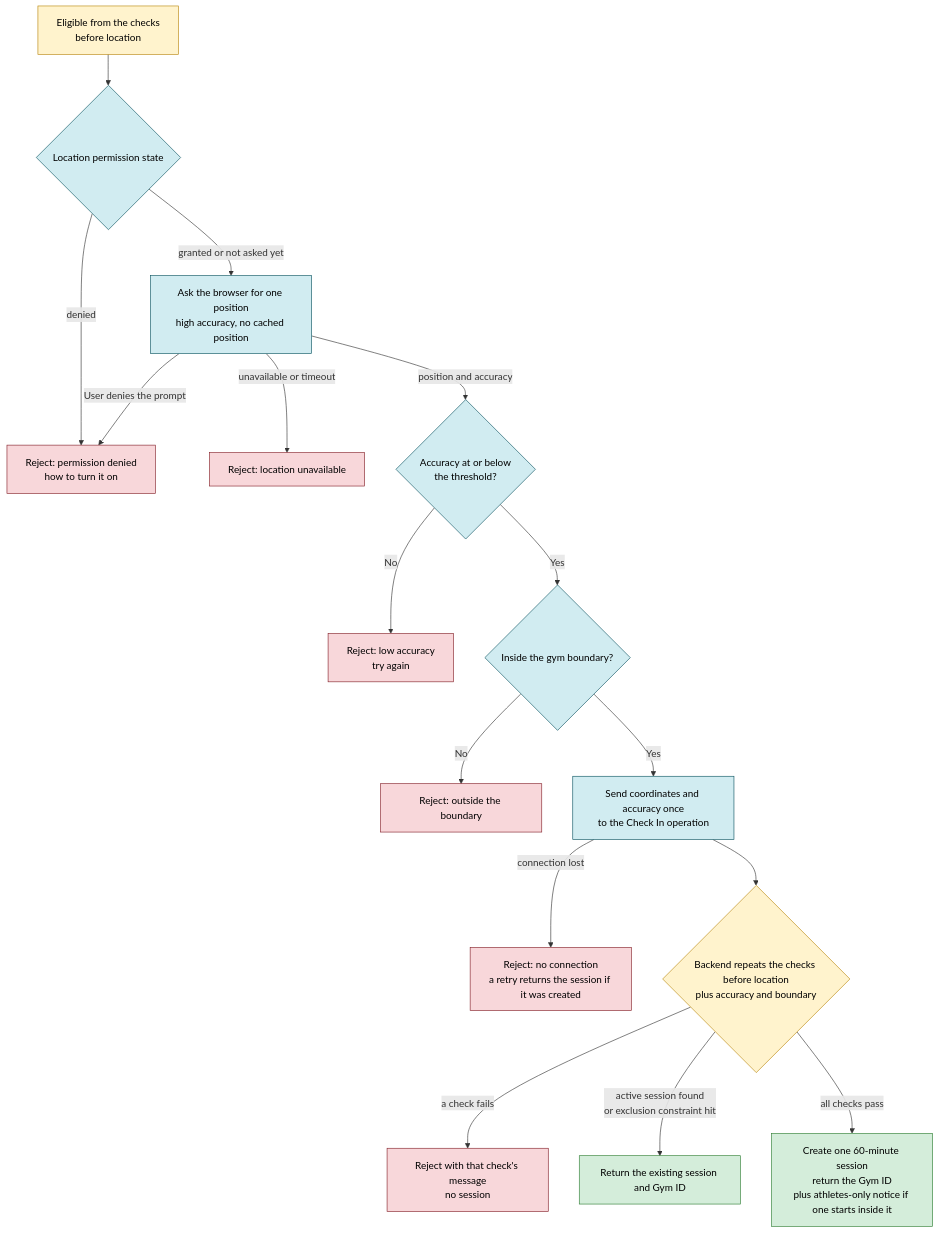
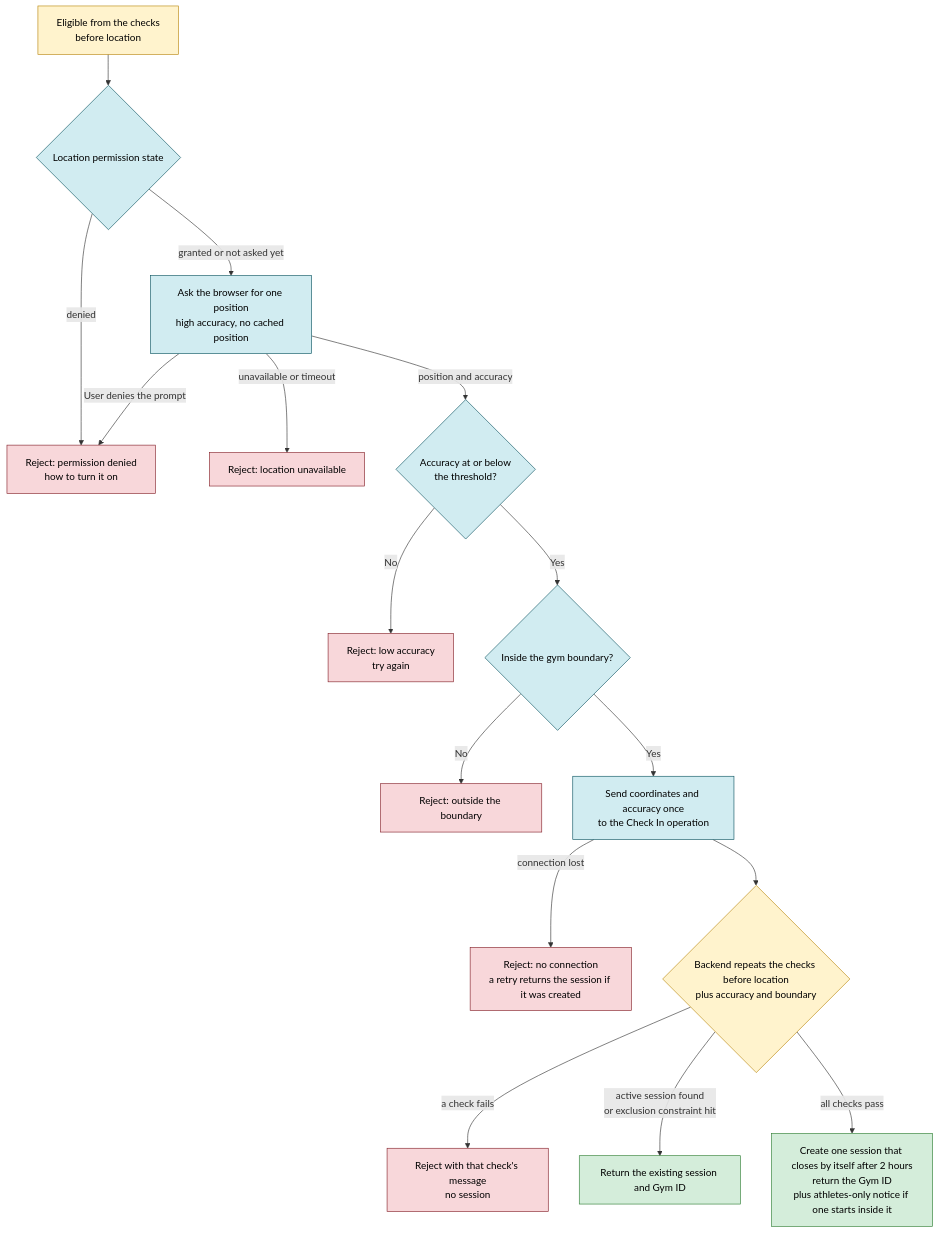
Before and after one commit to Th3-Minorities/natatorio-gym-app: the second of 12 diagrams in docs/design/check-in-flows.md, drawn with Mermaid. The commit also changed other lines of this file and 13 other files, not shown here.

````diff
--- a/docs/design/check-in-flows.md
+++ b/docs/design/check-in-flows.md
@@ -49,27 +52,27 @@
 ```mermaid
 flowchart TD
   L["Eligible from the checks<br/>before location"] --> P{"Location permission state"}
   P -- "denied" --> R6["Reject: permission denied<br/>how to turn it on"]
   P -- "granted or not asked yet" --> Q["Ask the browser for one position<br/>high accuracy, no cached position"]
   Q -- "User denies the prompt" --> R6
   Q -- "unavailable or timeout" --> R7["Reject: location unavailable"]
   Q -- "position and accuracy" --> AC{"Accuracy at or below<br/>the threshold?"}
   AC -- "No" --> R8["Reject: low accuracy<br/>try again"]
   AC -- "Yes" --> BD{"Inside the gym boundary?"}
   BD -- "No" --> R9["Reject: outside the boundary"]
   BD -- "Yes" --> POST["Send coordinates and accuracy once<br/>to the Check In operation"]
   POST -- "connection lost" --> R1["Reject: no connection<br/>a retry returns the session if it was created"]
   POST --> RE{"Backend repeats the checks before location<br/>plus accuracy and boundary"}
   RE -- "a check fails" --> RX["Reject with that check's message<br/>no session"]
   RE -- "active session found<br/>or exclusion constraint hit" --> S0["Return the existing session and Gym ID"]
-  RE -- "all checks pass" --> OK["Create one 60-minute session<br/>return the Gym ID<br/>plus athletes-only notice if one starts inside it"]
+  RE -- "all checks pass" --> OK["Create one session that closes by itself after 2 hours<br/>return the Gym ID<br/>plus athletes-only notice if one starts inside it"]
 
   classDef client fill:#d1ecf1,stroke:#0c5460,color:#000
   classDef back fill:#fff3cd,stroke:#b8860b,color:#000
   classDef reject fill:#f8d7da,stroke:#842029,color:#000
   classDef ok fill:#d4edda,stroke:#2e7d32,color:#000
   class P,Q,AC,BD,POST client
   class L,RE back
   class R1,R6,R7,R8,R9,RX reject
   class S0,OK ok
 ```
````
